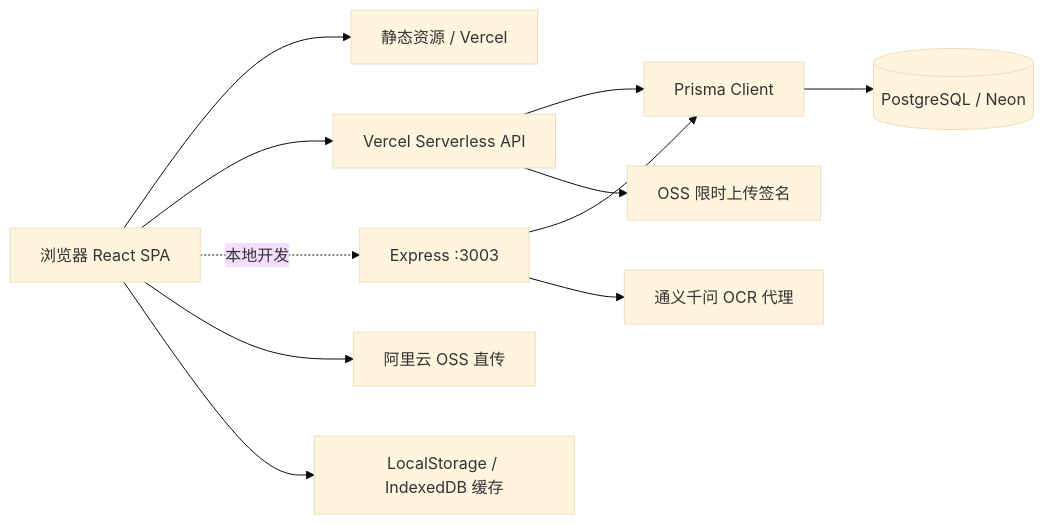
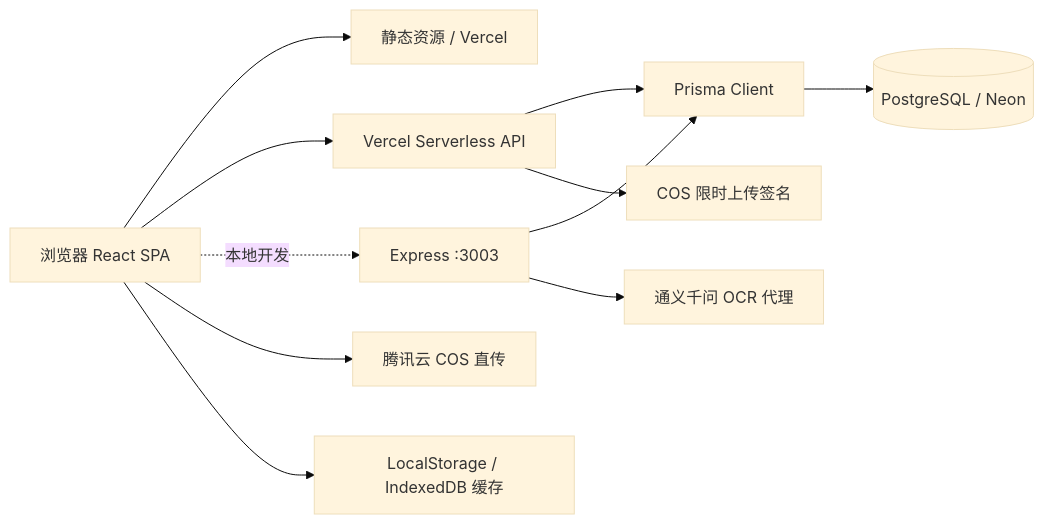
The diagram in SPEC.md (yipengmu/family_tree), drawn with Mermaid (base theme) before and after one commit. The commit also changed other lines of this file and 64 other files, not shown here.

````diff
--- a/SPEC.md
+++ b/SPEC.md
@@ -119,13 +119,13 @@
 ```mermaid
 flowchart LR
   U[浏览器 React SPA] --> V[静态资源 / Vercel]
   U --> A[Vercel Serverless API]
   U -.本地开发.-> E[Express :3003]
   A --> P[Prisma Client]
   P --> D[(PostgreSQL / Neon)]
   E --> P
   E --> Q[通义千问 OCR 代理]
-  A --> S[OSS 限时上传签名]
-  U --> O[阿里云 OSS 直传]
+  A --> S[COS 限时上传签名]
+  U --> O[腾讯云 COS 直传]
   U --> C[LocalStorage / IndexedDB 缓存]
 ```
````
